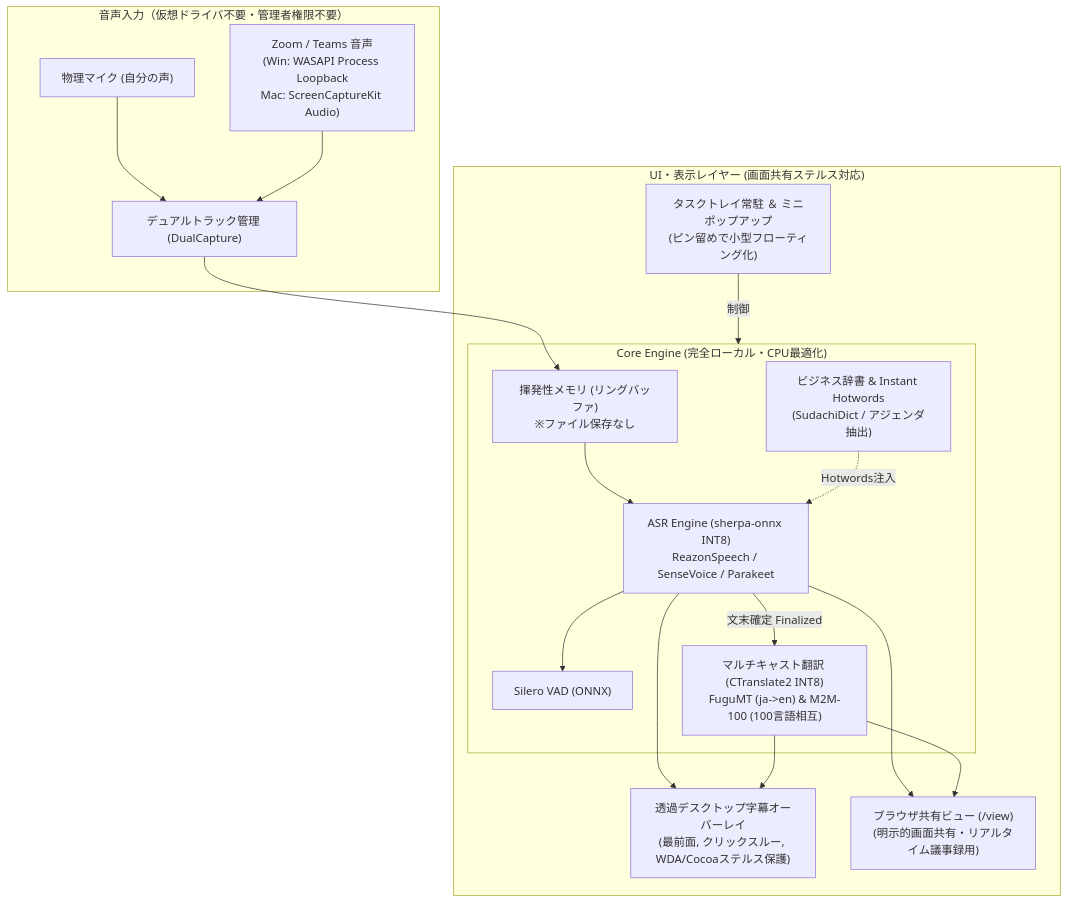
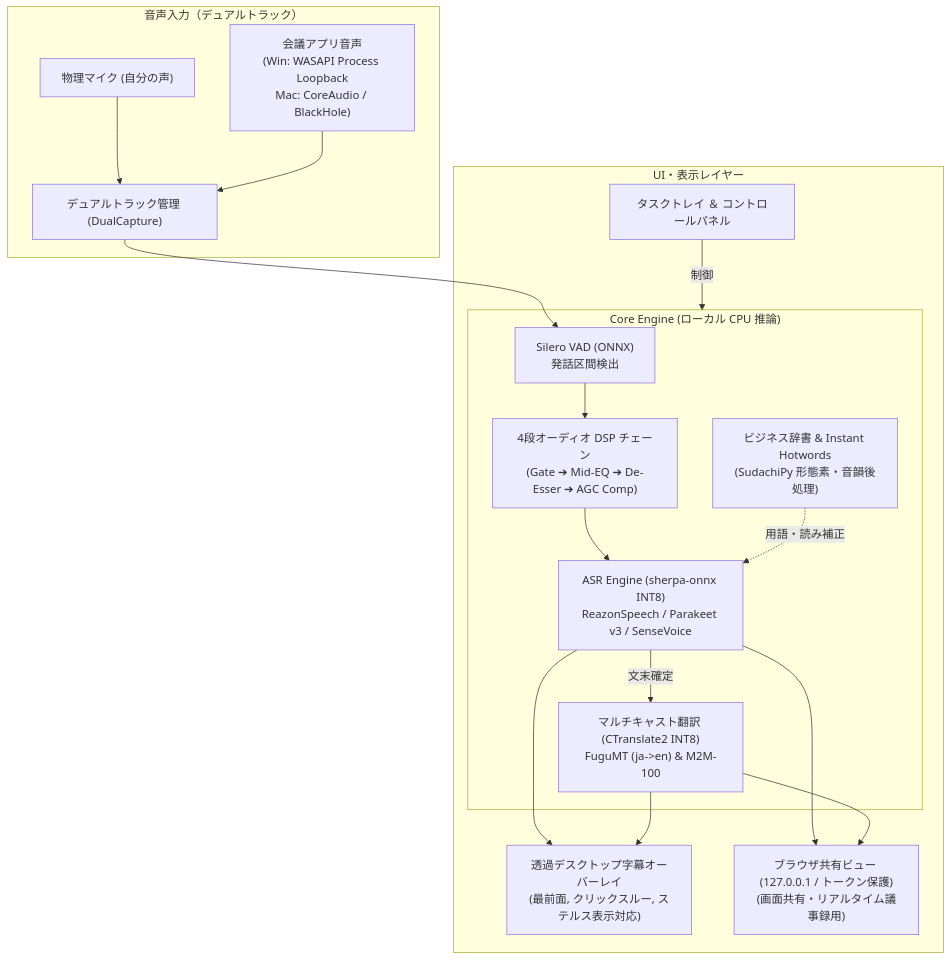
One commit to Maximilian2022/hayamimi-polyglot changed the diagram in README.md. Above: the diagram before and after it, drawn with Mermaid. The commit also changed other lines of this file and 33 other files, not shown here.

Commit message:
feat: add multi-model ASR engine, portable build pipeline, and UI components

````diff
--- a/README.md
+++ b/README.md
@@ -64,21 +68,21 @@
 ```mermaid
 flowchart TD
-    subgraph Audio_Input["音声入力（仮想ドライバ不要・管理者権限不要）"]
+    subgraph Audio_Input["音声入力（デュアルトラック）"]
         Mic["物理マイク (自分の声)"] --> DualTrack["デュアルトラック管理 (DualCapture)"]
-        ZoomTeams["Zoom / Teams 音声\n(Win: WASAPI Process Loopback\nMac: ScreenCaptureKit Audio)"] --> DualTrack
+        RemoteAudio["会議アプリ音声\n(Win: WASAPI Process Loopback\nMac: CoreAudio / BlackHole)"] --> DualTrack
     end
 
-    subgraph Core_Engine["Core Engine (完全ローカル・CPU最適化)"]
-        DualTrack --> RingBuffer["揮発性メモリ (リングバッファ)\n※ファイル保存なし"]
-        RingBuffer --> ASR["ASR Engine (sherpa-onnx INT8)\nReazonSpeech / SenseVoice / Parakeet"]
-        ASR --> VAD["Silero VAD (ONNX)"]
-        DictEngine["ビジネス辞書 & Instant Hotwords\n(SudachiDict / アジェンダ抽出)"] -.->|Hotwords注入| ASR
-        ASR -->|文末確定 Finalized| NMT["マルチキャスト翻訳 (CTranslate2 INT8)\nFuguMT (ja->en) & M2M-100 (100言語相互)"]
+    subgraph Core_Engine["Core Engine (ローカル CPU 推論)"]
+        DualTrack --> VAD["Silero VAD (ONNX)\n発話区間検出"]
+        VAD --> DSP["4段オーディオ DSP チェーン\n(Gate ➔ Mid-EQ ➔ De-Esser ➔ AGC Comp)"]
+        DSP --> ASR["ASR Engine (sherpa-onnx INT8)\nReazonSpeech / Parakeet v3 / SenseVoice"]
+        DictEngine["ビジネス辞書 & Instant Hotwords\n(SudachiPy 形態素・音韻後処理)"] -.->|用語・読み補正| ASR
+        ASR -->|文末確定| NMT["マルチキャスト翻訳 (CTranslate2 INT8)\nFuguMT (ja->en) & M2M-100"]
     end
 
-    subgraph Presentation_Layer["UI・表示レイヤー (画面共有ステルス対応)"]
-        Tray["タスクトレイ常駐 ＆ ミニポップアップ\n(ピン留めで小型フローティング化)"] -->|制御| Core_Engine
-        ASR & NMT --> Overlay["透過デスクトップ字幕オーバーレイ\n(最前面, クリックスルー, WDA/Cocoaステルス保護)"]
-        ASR & NMT --> WebBrowser["ブラウザ共有ビュー (/view)\n(明示的画面共有・リアルタイム議事録用)"]
+    subgraph Presentation_Layer["UI・表示レイヤー"]
+        Tray["タスクトレイ ＆ コントロールパネル"] -->|制御| Core_Engine
+        ASR & NMT --> Overlay["透過デスクトップ字幕オーバーレイ\n(最前面, クリックスルー, ステルス表示対応)"]
+        ASR & NMT --> WebBrowser["ブラウザ共有ビュー (127.0.0.1 / トークン保護)\n(画面共有・リアルタイム議事録用)"]
     end
 ```
````
